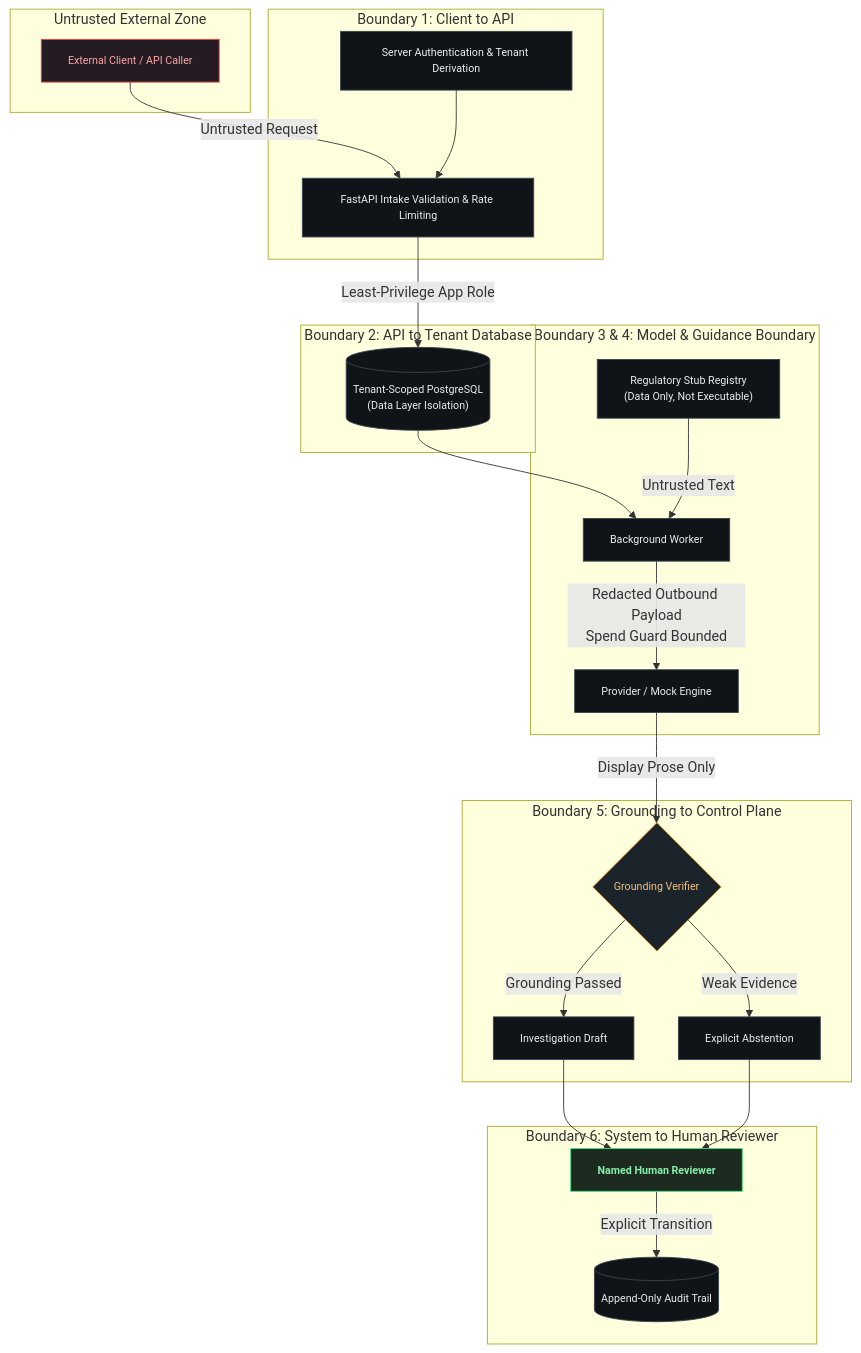
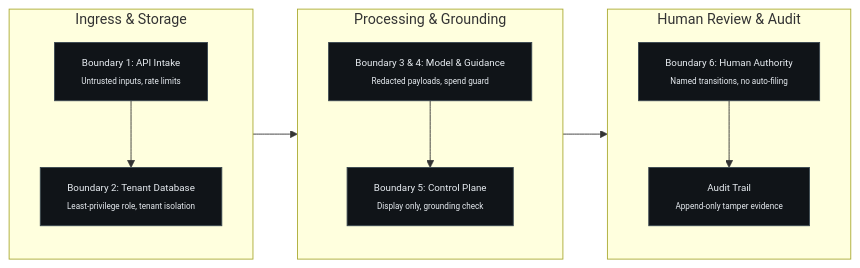
One commit to jeevesh2515/finsentinel-case-study changed the second of 2 diagrams in ARCHITECTURE.md. Above: the diagram before and after it, drawn with Mermaid. The commit also changed other lines of this file and 3 other files, not shown here.

Commit message:
docs: optimize Mermaid diagrams for single-window mobile and desktop view

````diff
--- a/ARCHITECTURE.md
+++ b/ARCHITECTURE.md
@@ -88,42 +55,28 @@
 ```mermaid
-flowchart TD
-    subgraph External["Untrusted External Zone"]
-        CLIENT["External Client / API Caller"]
+flowchart LR
+    subgraph Ingress["Ingress & Storage"]
+        direction TB
+        B1["Boundary 1: API Intake<br/><sub>Untrusted inputs, rate limits</sub>"]
+        B2["Boundary 2: Tenant Database<br/><sub>Least-privilege role, tenant isolation</sub>"]
+        B1 --> B2
     end
 
-    subgraph B1["Boundary 1: Client to API"]
-        CLIENT -->|Untrusted Request| API["FastAPI Intake Validation & Rate Limiting"]
-        AUTH["Server Authentication & Tenant Derivation"] --> API
+    subgraph Processing["Processing & Grounding"]
+        direction TB
+        B3["Boundary 3 & 4: Model & Guidance<br/><sub>Redacted payloads, spend guard</sub>"]
+        B5["Boundary 5: Control Plane<br/><sub>Display only, grounding check</sub>"]
+        B3 --> B5
     end
 
-    subgraph B2["Boundary 2: API to Tenant Database"]
-        API -->|Least-Privilege App Role| DB[("Tenant-Scoped PostgreSQL\n(Data Layer Isolation)")]
+    subgraph Governance["Human Review & Audit"]
+        direction TB
+        B6["Boundary 6: Human Authority<br/><sub>Named transitions, no auto-filing</sub>"]
+        AUDIT["Audit Trail<br/><sub>Append-only tamper evidence</sub>"]
+        B6 --> AUDIT
     end
 
-    subgraph B34["Boundary 3 & 4: Model & Guidance Boundary"]
-        DB --> WORKER["Background Worker"]
-        REGISTRY["Regulatory Stub Registry\n(Data Only, Not Executable)"] -->|Untrusted Text| WORKER
-        WORKER -->|Redacted Outbound Payload\nSpend Guard Bounded| MODEL["Provider / Mock Engine"]
-    end
+    Ingress --> Processing --> Governance
 
-    subgraph B5["Boundary 5: Grounding to Control Plane"]
-        MODEL -->|Display Prose Only| GROUND{"Grounding Verifier"}
-        GROUND -->|Grounding Passed| PACK["Investigation Draft"]
-        GROUND -->|Weak Evidence| ABSTAIN["Explicit Abstention"]
-    end
-
-    subgraph B6["Boundary 6: System to Human Reviewer"]
-        PACK --> HUMAN["Named Human Reviewer"]
-        ABSTAIN --> HUMAN
-        HUMAN -->|Explicit Transition| AUDIT[("Append-Only Audit Trail")]
-    end
-
-    classDef default fill:#101418,stroke:#3a4750,color:#e8edf2,font-size:12px;
-    classDef alert fill:#241c22,stroke:#ef4444,color:#fca5a5;
-    classDef safe fill:#1d2a1f,stroke:#4ade80,color:#86efac,font-weight:bold;
-    classDef boundary fill:#1b232b,stroke:#d97706,color:#f5c17a;
-
-    class CLIENT alert;
-    class HUMAN safe;
-    class GROUND boundary;
+    classDef box fill:#101418,stroke:#3a4750,color:#e8edf2,font-size:11px;
+    class B1,B2,B3,B5,B6,AUDIT box;
 ```
````
